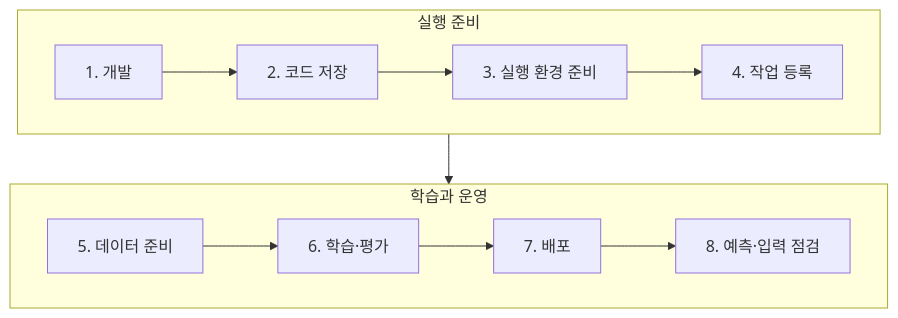
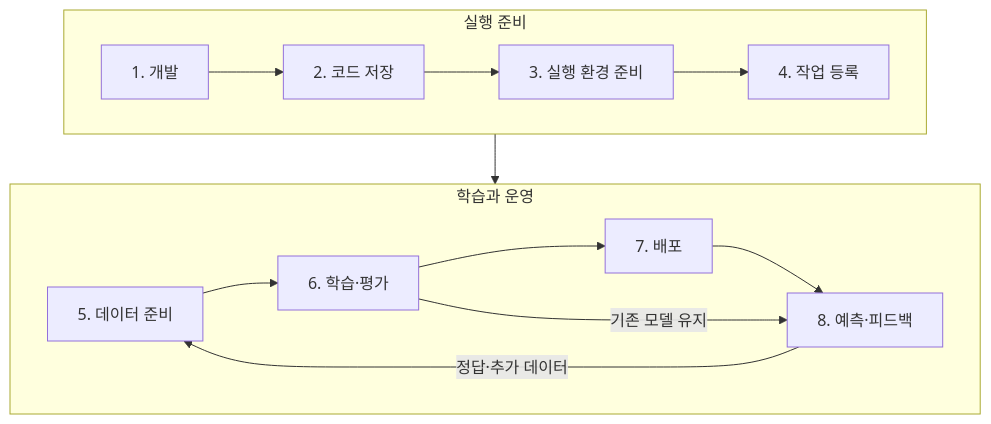
The diagram in docs/mlops/model-serving-monitoring.md (HeesangJin/tech-blog), drawn with Mermaid before and after one commit. The commit also changed other lines of this file and 5 other files, not shown here.

````diff
--- a/docs/mlops/model-serving-monitoring.md
+++ b/docs/mlops/model-serving-monitoring.md
@@ -25,12 +25,14 @@
 ```mermaid
 flowchart TB
     subgraph PREP["실행 준비"]
         direction LR
         A["1. 개발"] --> B["2. 코드 저장"] --> C["3. 실행 환경 준비"] --> D["4. 작업 등록"]
     end
     subgraph RUN["학습과 운영"]
         direction LR
-        E["5. 데이터 준비"] --> F["6. 학습·평가"] --> G["7. 배포"] --> H["8. 예측·입력 점검"]
+        E["5. 데이터 준비"] --> F["6. 학습·평가"] --> G["7. 배포"] --> H["8. 예측·피드백"]
     end
     PREP --> RUN
+    H -->|정답·추가 데이터| E
+    F -->|기존 모델 유지| H
 ```
````
